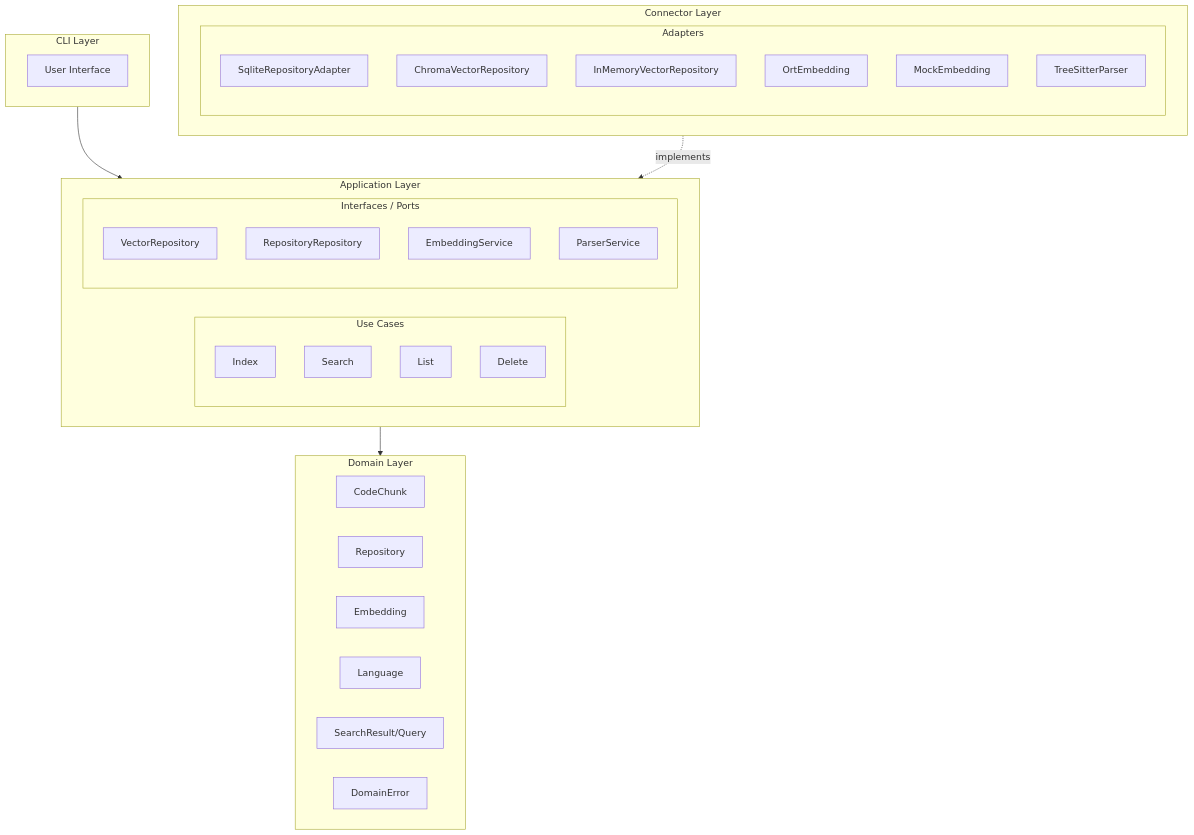
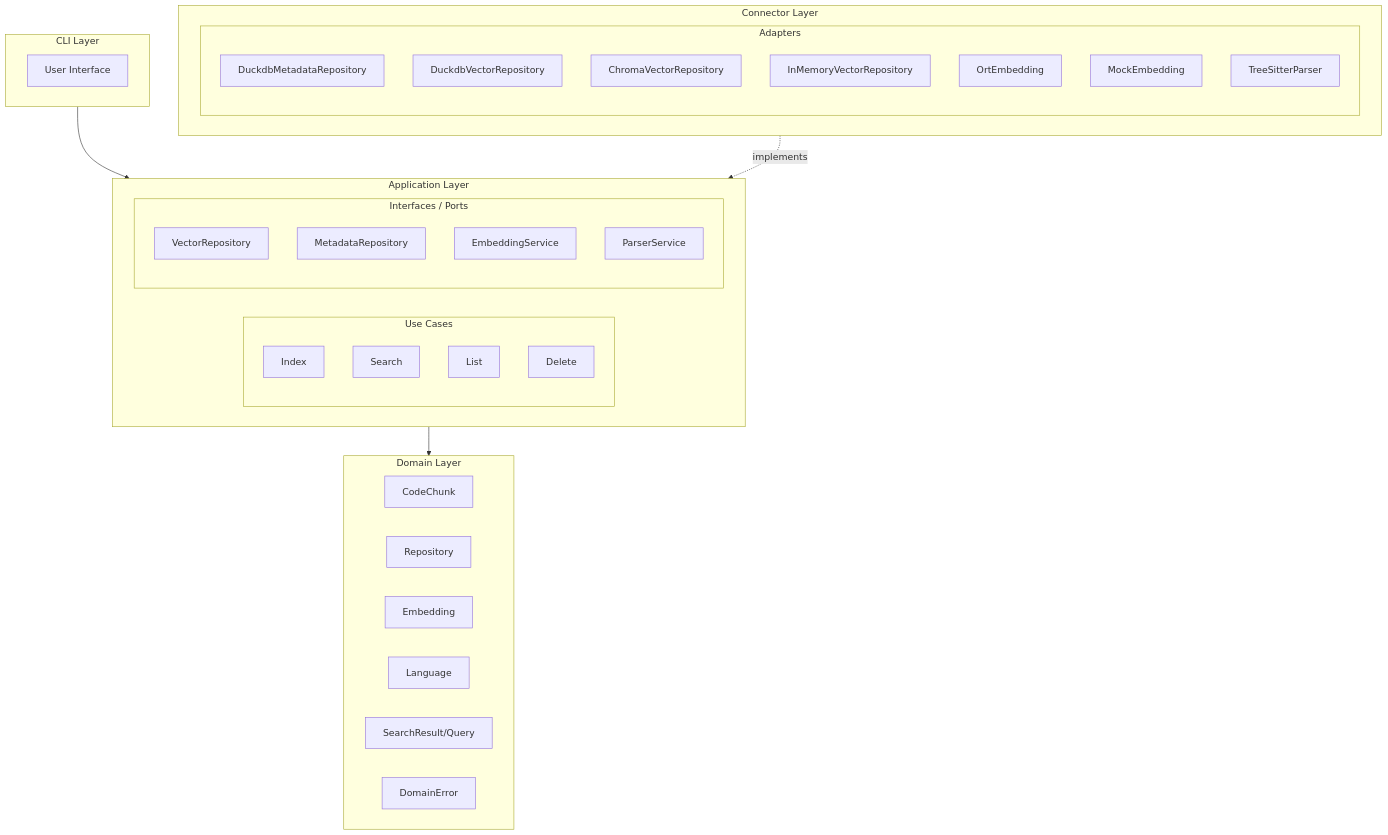
The first of 3 diagrams in docs/architecture/overview.md (ArtemisMucaj/codesearch), drawn with Mermaid before and after one commit. The commit also changed other lines of this file and 20 other files, not shown here.

Commit message:
feat: support duckdb vector store

````diff
--- a/docs/architecture/overview.md
+++ b/docs/architecture/overview.md
@@ -7,45 +7,46 @@
 ```mermaid
 graph TB
     subgraph CLI["CLI Layer"]
         UI[User Interface]
     end
 
     subgraph Application["Application Layer"]
         subgraph UseCases["Use Cases"]
             Index[Index]
             Search[Search]
             List[List]
             Delete[Delete]
         end
         subgraph Ports["Interfaces / Ports"]
             VectorRepo[VectorRepository]
-            RepoRepo[RepositoryRepository]
+            RepoRepo[MetadataRepository]
             EmbedSvc[EmbeddingService]
             ParseSvc[ParserService]
         end
     end
 
     subgraph Domain["Domain Layer"]
         CodeChunk[CodeChunk]
         Repository[Repository]
         Embedding[Embedding]
         Language[Language]
         SearchResult[SearchResult/Query]
         DomainError[DomainError]
     end
 
     subgraph Connector["Connector Layer"]
         subgraph Adapters["Adapters"]
-            SQLite[SqliteRepositoryAdapter]
+            DuckDBMeta[DuckdbMetadataRepository]
+            DuckDBVec[DuckdbVectorRepository]
             Chroma[ChromaVectorRepository]
             InMemory[InMemoryVectorRepository]
             Ort[OrtEmbedding]
             Mock[MockEmbedding]
             TreeSitter[TreeSitterParser]
         end
     end
 
     CLI --> Application
     Application --> Domain
     Connector -.->|implements| Application
 ```
````
